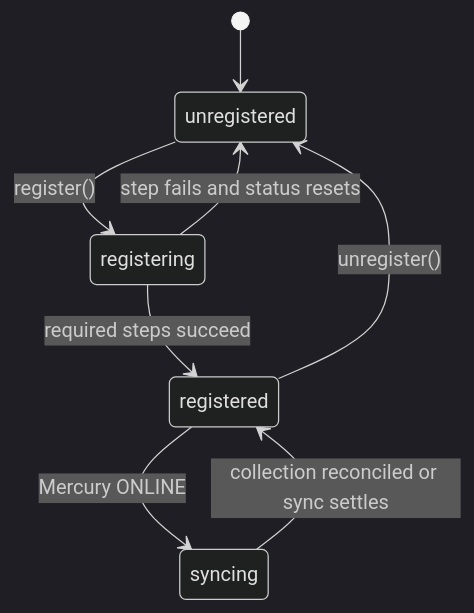
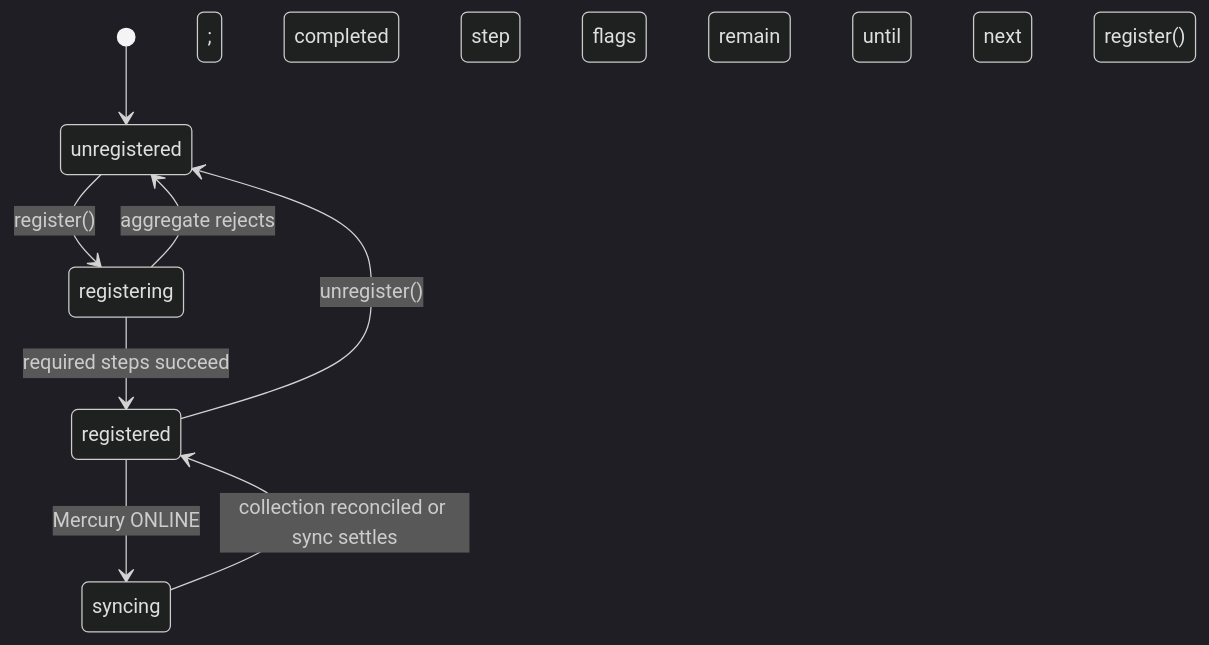
The fifth of 5 diagrams in packages/@webex/plugin-meetings/src/meetings/ai-docs/meetings-spec.md (webex/webex-js-sdk), drawn with Mermaid (dark theme) before and after one commit. The commit also changed other lines of this file and 24 other files, not shown here.

````diff
--- a/packages/@webex/plugin-meetings/src/meetings/ai-docs/meetings-spec.md
+++ b/packages/@webex/plugin-meetings/src/meetings/ai-docs/meetings-spec.md
@@ -207,10 +240,10 @@
 ```mermaid
 stateDiagram-v2
   [*] --> unregistered
   unregistered --> registering: register()
   registering --> registered: required steps succeed
-  registering --> unregistered: step fails and status resets
+  registering --> unregistered: aggregate rejects; completed step flags remain until next register()
   registered --> syncing: Mercury ONLINE
   syncing --> registered: collection reconciled or sync settles
   registered --> unregistered: unregister()
 ```
````
